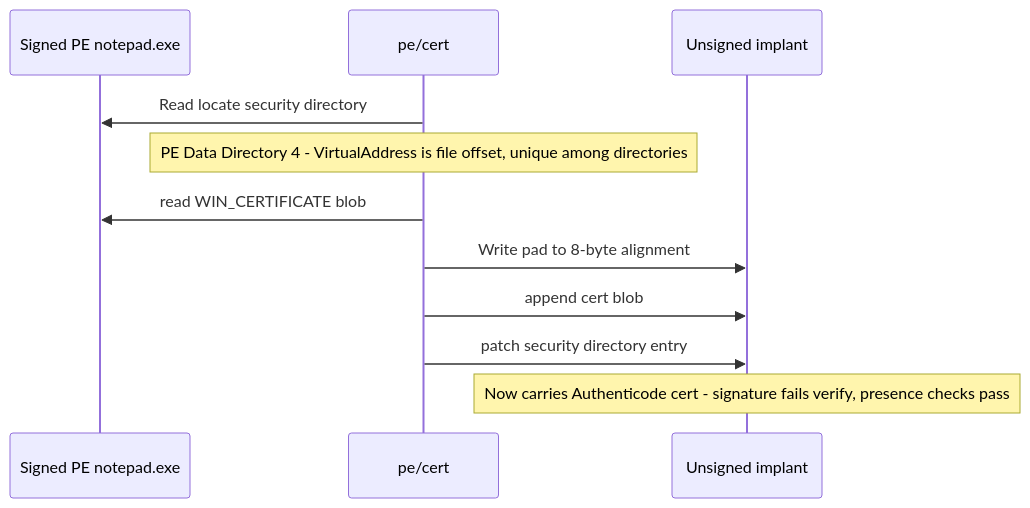
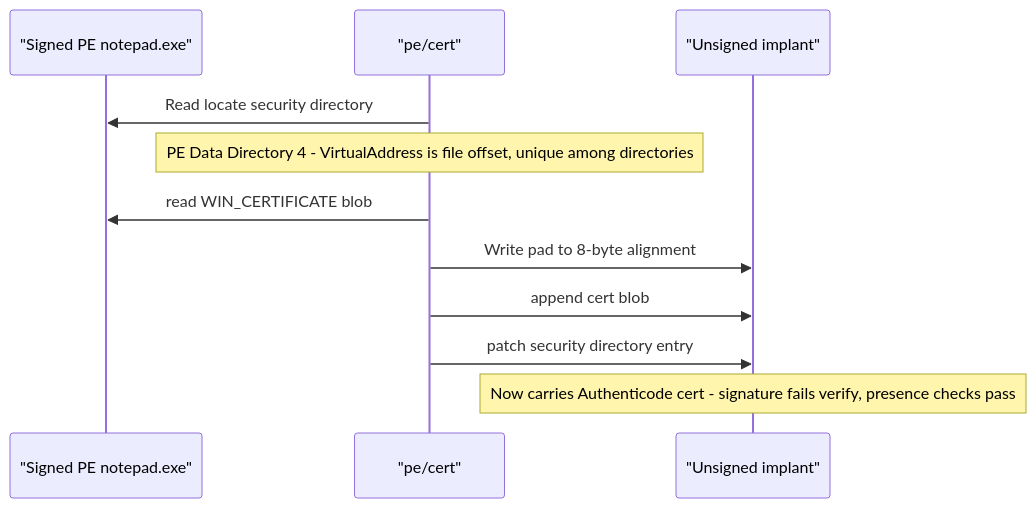
The diagram in docs/techniques/pe/certificate-theft.md (oioio-space/maldev), drawn with Mermaid before and after one commit. The commit also changed 52 other files, not shown here.

First line of the commit message:
fix(docs): quote multi-word Mermaid participant aliases — 11.2.0 strict-mode sweep

````diff
--- a/docs/techniques/pe/certificate-theft.md
+++ b/docs/techniques/pe/certificate-theft.md
@@ -37,14 +37,14 @@
 ```mermaid
 sequenceDiagram
-    participant Signed as Signed PE notepad.exe
-    participant Tool as pe/cert
-    participant Unsigned as Unsigned implant
+    participant Signed as "Signed PE notepad.exe"
+    participant Tool as "pe/cert"
+    participant Unsigned as "Unsigned implant"
 
     Tool->>Signed: Read locate security directory
     Note over Tool: PE Data Directory 4 - VirtualAddress is file offset, unique among directories
     Tool->>Signed: read WIN_CERTIFICATE blob
     Tool->>Unsigned: Write pad to 8-byte alignment
     Tool->>Unsigned: append cert blob
     Tool->>Unsigned: patch security directory entry
     Note over Unsigned: Now carries Authenticode cert - signature fails verify, presence checks pass
 ```
````
